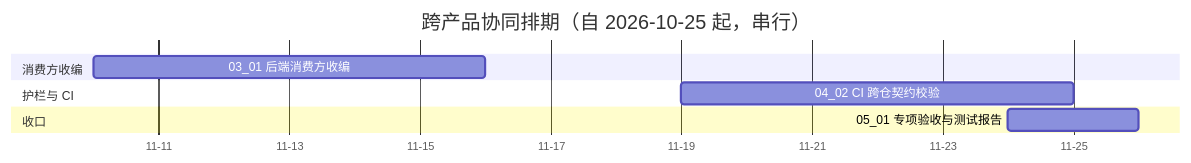
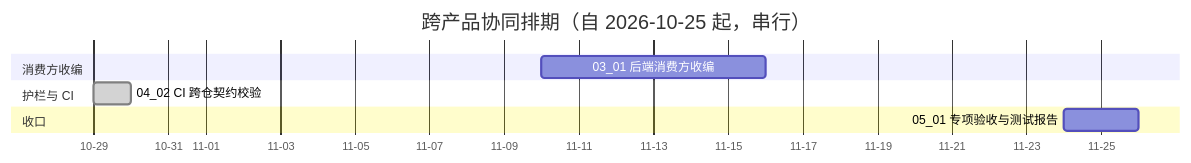
Before and after one commit to minjian123/basic-management-system: the diagram in bms文档/项目/07B_跨产品协同/计划/01_计划_跨产品协同.md, drawn with Mermaid. The commit also changed other lines of this file and 10 other files, not shown here.

````diff
--- a/bms文档/项目/07B_跨产品协同/计划/01_计划_跨产品协同.md
+++ b/bms文档/项目/07B_跨产品协同/计划/01_计划_跨产品协同.md
@@ -40,12 +40,12 @@
 ```mermaid
 gantt
     title 跨产品协同排期（自 2026-10-25 起，串行）
     dateFormat  YYYY-MM-DD
     axisFormat %m-%d
     section 消费方收编
     03_01 后端消费方收编 :a0301, 2026-11-10, 6d
     section 护栏与 CI
-    04_02 CI 跨仓契约校验 :a0402, 2026-11-19, 6d
+    04_02 CI 跨仓契约校验 :done, a0402, 2026-10-29, 1d
     section 收口
     05_01 专项验收与测试报告 :a0501, 2026-11-24, 2d
 ```
````
